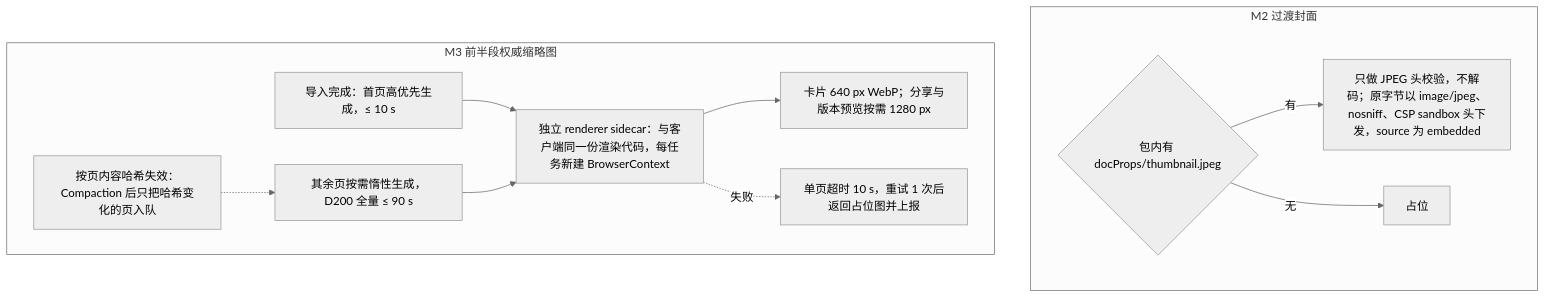
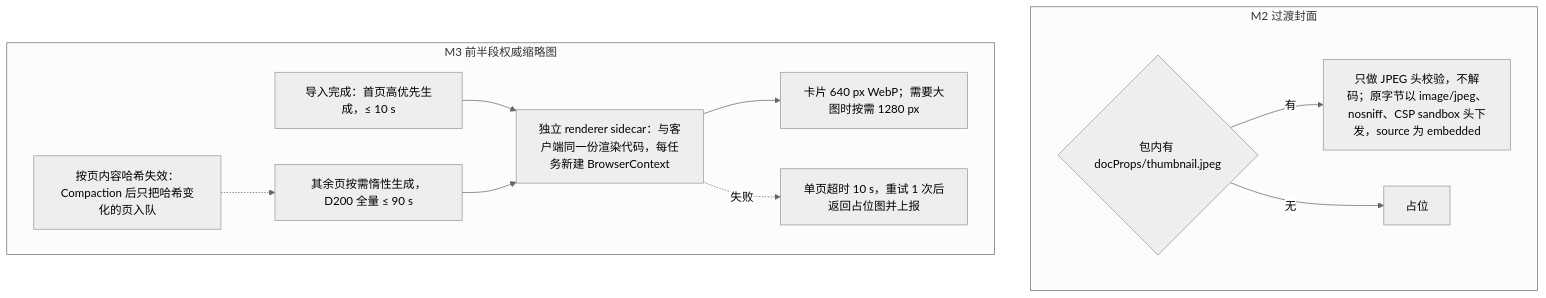
The fifth of 14 diagrams in docs/10-prd/03-features/06-server-and-ops.md (Xeonice/cordis-ppt-editor), drawn with Mermaid (neutral theme) before and after one commit. The commit also changed other lines of this file and 19 other files, not shown here.

````diff
--- a/docs/10-prd/03-features/06-server-and-ops.md
+++ b/docs/10-prd/03-features/06-server-and-ops.md
@@ -186,23 +189,23 @@
 ```mermaid
 flowchart TB
   subgraph m2["M2 过渡封面"]
     emb{"包内有 docProps/thumbnail.jpeg"}
     head["只做 JPEG 头校验，不解码；原字节以 image/jpeg、nosniff、CSP sandbox 头下发，source 为 embedded"]
     ph["占位"]
   end
   subgraph m3["M3 前半段权威缩略图"]
     first["导入完成：首页高优先生成，≤ 10 s"]
     rest["其余页按需惰性生成，D200 全量 ≤ 90 s"]
     sidecar["独立 renderer sidecar：与客户端同一份渲染代码，每任务新建 BrowserContext"]
-    out["卡片 640 px WebP；分享与版本预览按需 1280 px"]
+    out["卡片 640 px WebP；需要大图时按需 1280 px"]
     inval["按页内容哈希失效：Compaction 后只把哈希变化的页入队"]
     timeout["单页超时 10 s，重试 1 次后返回占位图并上报"]
   end
   emb -->|"有"| head
   emb -->|"无"| ph
   first --> sidecar
   rest --> sidecar
   sidecar --> out
   sidecar -.->|"失败"| timeout
   inval -.-> rest
 ```
````
